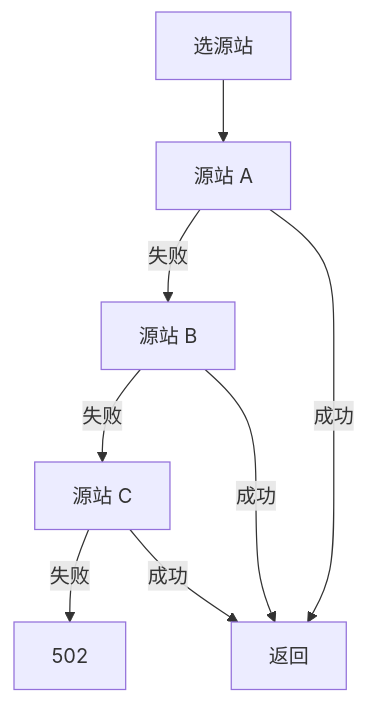
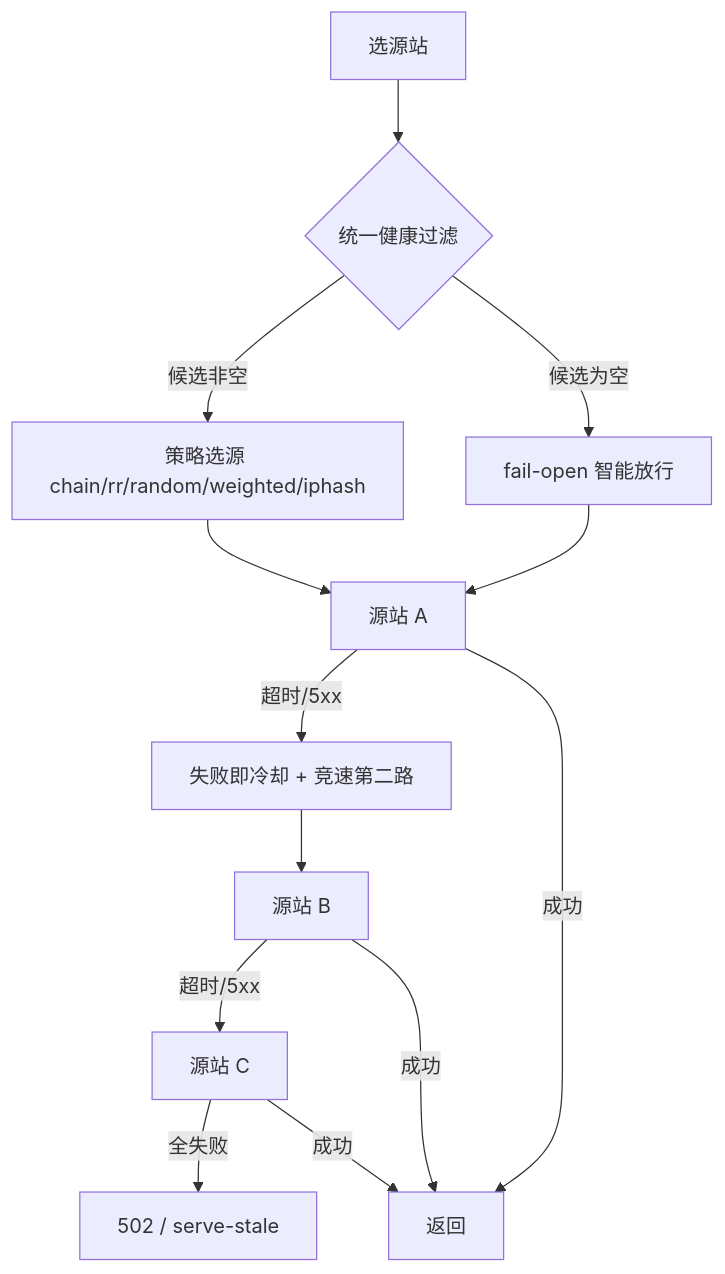
Before and after one commit to JacksonJiangxh/cdn-edge-gateway: the second of 2 diagrams in docs-site/docs/dev/12-request-flow.md, drawn with Mermaid. The commit also changed other lines of this file and 21 other files, not shown here.

````diff
--- a/docs-site/docs/dev/12-request-flow.md
+++ b/docs-site/docs/dev/12-request-flow.md
@@ -80,10 +96,15 @@
 ```mermaid
 flowchart TD
-    S[选源站] --> O1[源站 A]
-    O1 -->|失败| O2[源站 B]
-    O2 -->|失败| O3[源站 C]
-    O3 -->|失败| X[502]
+    S[选源站] --> U{统一健康过滤}
+    U -->|候选非空| P[策略选源 chain/rr/random/weighted/iphash]
+    U -->|候选为空| FO[fail-open 智能放行]
+    P --> O1[源站 A]
+    FO --> O1
+    O1 -->|超时/5xx| SP[失败即冷却 + 竞速第二路]
+    SP --> O2[源站 B]
+    O2 -->|超时/5xx| O3[源站 C]
+    O3 -->|全失败| X[502 / serve-stale]
     O1 -->|成功| OK[返回]
     O2 -->|成功| OK
     O3 -->|成功| OK
 ```
````
